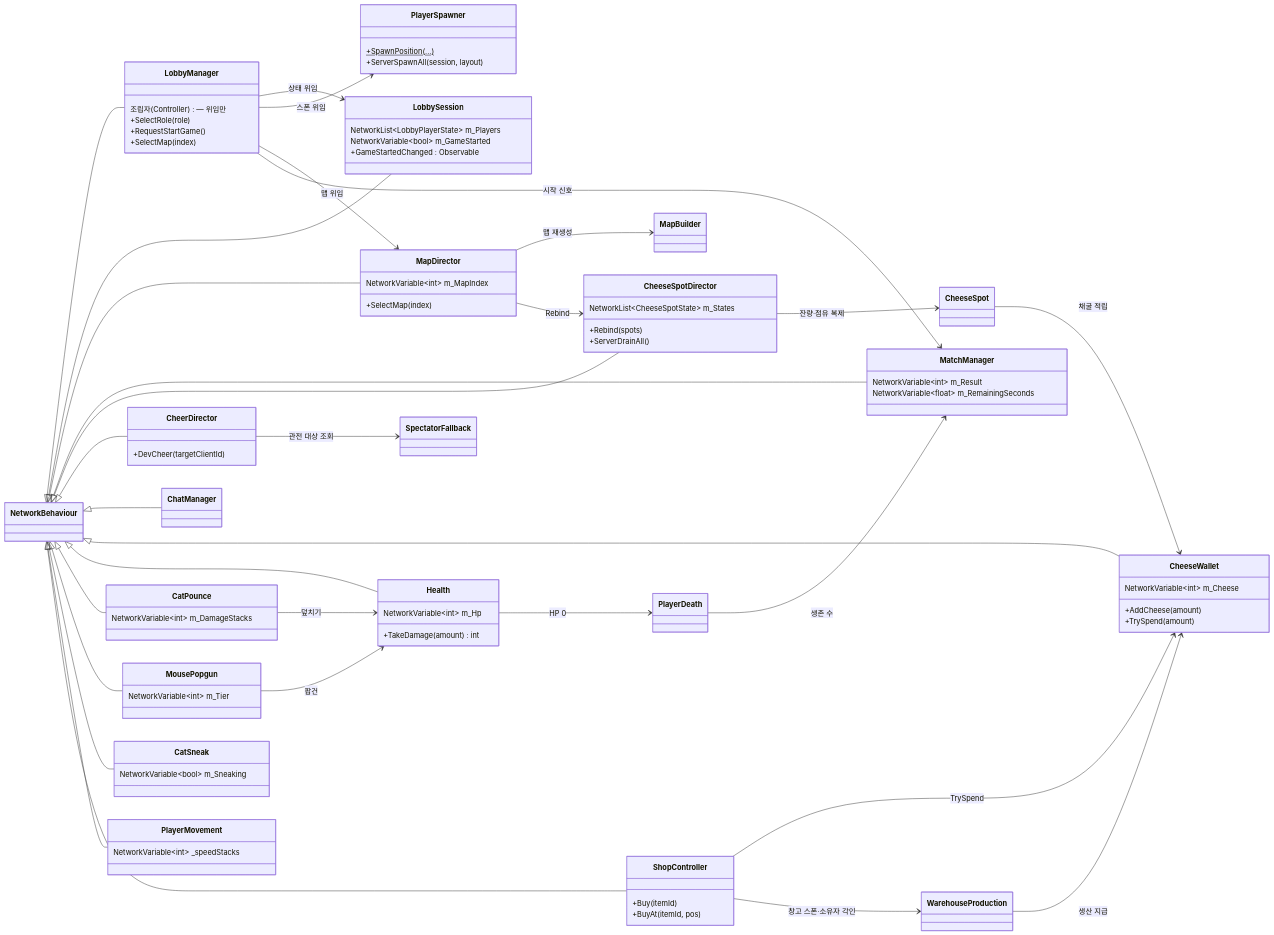
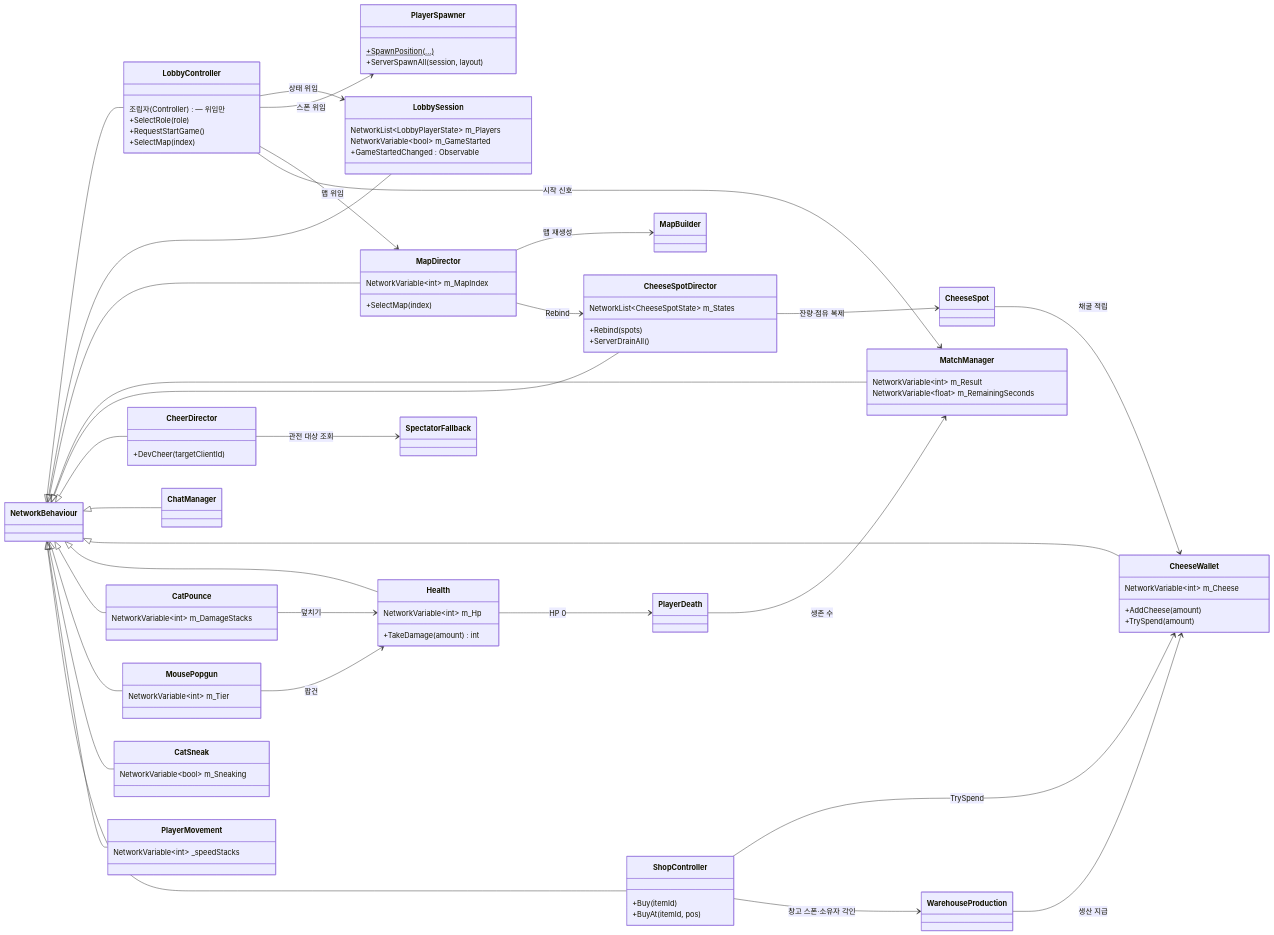
The second of 6 diagrams in CTC/docs/design-vault/코드 다이어그램.md (JeahanPark/The-Cheese-Thief-and-the-Cat), drawn with Mermaid before and after one commit. The commit also changed other lines of this file and 2 other files, not shown here.

```diff
--- a/CTC/docs/design-vault/코드 다이어그램.md
+++ b/CTC/docs/design-vault/코드 다이어그램.md
@@ -54,7 +54,7 @@
 classDiagram
     direction LR
 
-    class LobbyManager {
+    class LobbyController {
         조립자(Controller) — 위임만
         +SelectRole(role)
         +RequestStartGame()
@@ -113,12 +113,12 @@
         +BuyAt(itemId, pos)
     }
 
-    NetworkBehaviour <|-- LobbyManager
+    NetworkBehaviour <|-- LobbyController
     NetworkBehaviour <|-- LobbySession
     NetworkBehaviour <|-- MapDirector
-    LobbyManager --> LobbySession : 상태 위임
-    LobbyManager --> PlayerSpawner : 스폰 위임
-    LobbyManager --> MapDirector : 맵 위임
+    LobbyController --> LobbySession : 상태 위임
+    LobbyController --> PlayerSpawner : 스폰 위임
+    LobbyController --> MapDirector : 맵 위임
     NetworkBehaviour <|-- MatchManager
     NetworkBehaviour <|-- CheeseSpotDirector
     NetworkBehaviour <|-- CheerDirector
@@ -131,7 +131,7 @@
     NetworkBehaviour <|-- PlayerMovement
     NetworkBehaviour <|-- ShopController
 
-    LobbyManager --> MatchManager : 시작 신호
+    LobbyController --> MatchManager : 시작 신호
     MapDirector --> MapBuilder : 맵 재생성
     MapDirector --> CheeseSpotDirector : Rebind
     CheeseSpotDirector --> CheeseSpot : 잔량·점유 복제
```
